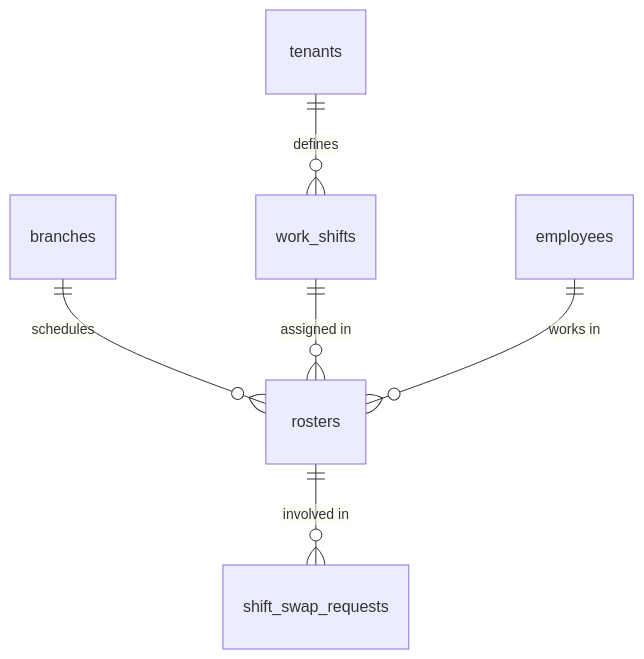
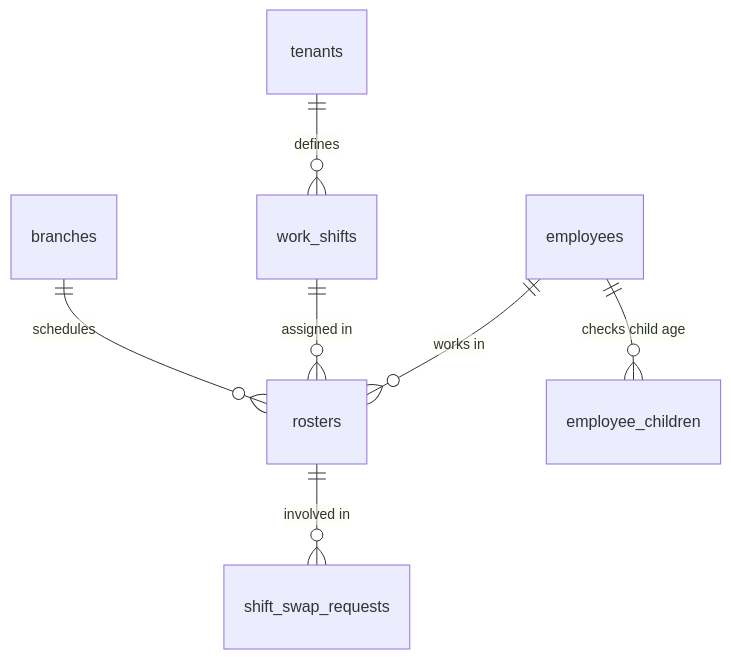
The diagram in docs/modules/04_rostering.md (hungpd9/smartHr), drawn with Mermaid before and after one commit. The commit also changed other lines of this file and 107 other files, not shown here.

````diff
--- a/docs/modules/04_rostering.md
+++ b/docs/modules/04_rostering.md
@@ -33,8 +33,9 @@
 ```mermaid
 erDiagram
     tenants ||--o{ work_shifts : "defines"
     branches ||--o{ rosters : "schedules"
     work_shifts ||--o{ rosters : "assigned in"
     employees ||--o{ rosters : "works in"
     rosters ||--o{ shift_swap_requests : "involved in"
+    employees ||--o{ employee_children : "checks child age"
 ```
````
